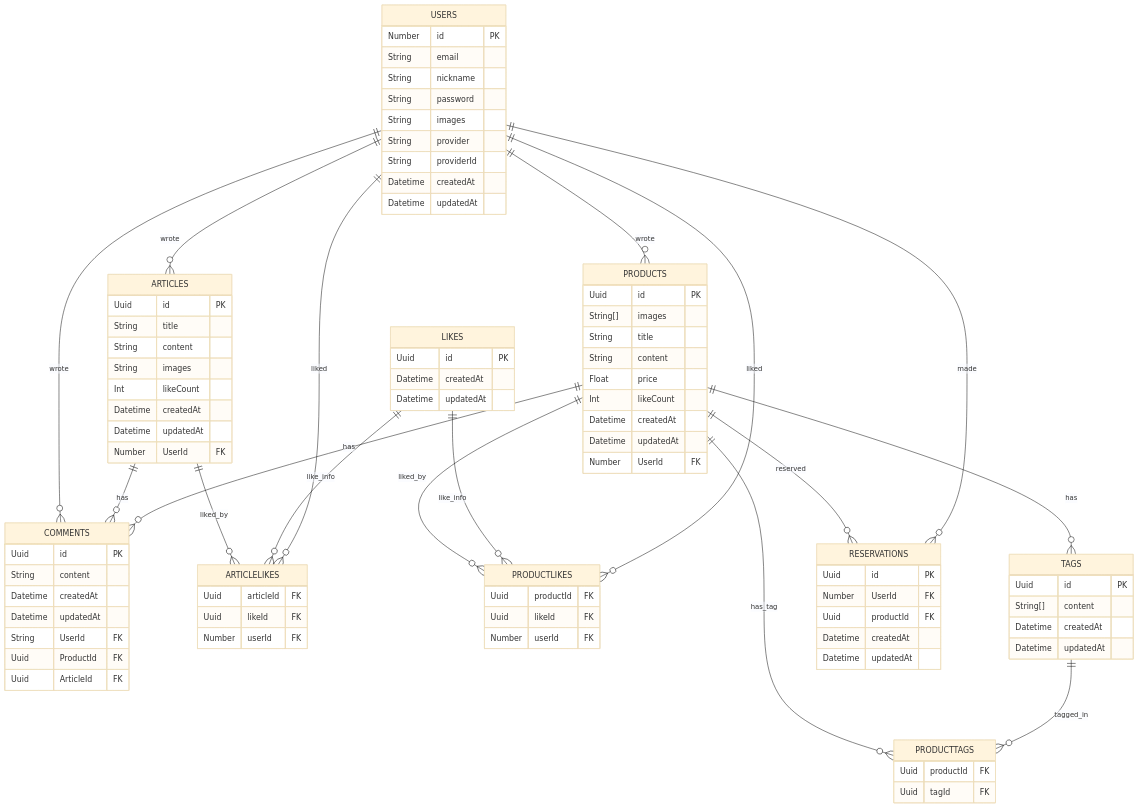
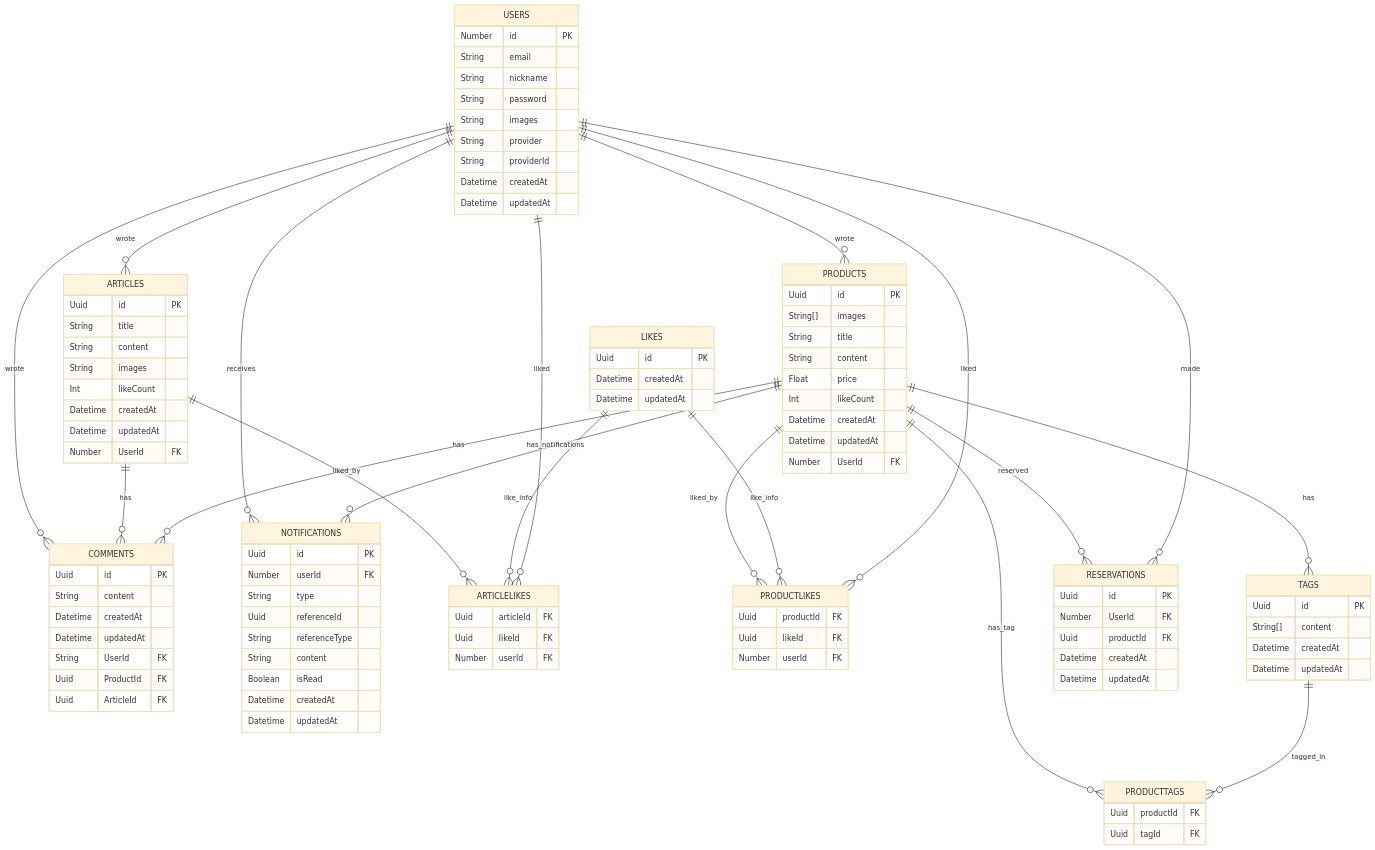
The diagram in sprint_7/mermaid.md (hapyvirus/1-sprint-mission), drawn with Mermaid (base theme) before and after one commit. The commit also changed 1 other file, not shown here.

Commit message:
feat: erd 수정

````diff
--- a/sprint_7/mermaid.md
+++ b/sprint_7/mermaid.md
@@ -1,60 +1,72 @@
 ```mermaid
 erDiagram
 USERS {
-Number id PK
-String email
-String nickname
-String password
-String images
-String provider
-String providerId
-Datetime createdAt
-Datetime updatedAt
+  Number id PK
+  String email
+  String nickname
+  String password
+  String images
+  String provider
+  String providerId
+  Datetime createdAt
+  Datetime updatedAt
 }
 
 ARTICLES {
-Uuid id PK
-String title
-String content
-String images
-Int likeCount
-Datetime createdAt
-Datetime updatedAt
-Number UserId FK
+  Uuid id PK
+  String title
+  String content
+  String images
+  Int likeCount
+  Datetime createdAt
+  Datetime updatedAt
+  Number UserId FK
 }
 
 PRODUCTS {
-Uuid id PK
-String[] images
-String title
-String content
-Float price
-Int likeCount
-Datetime createdAt
-Datetime updatedAt
-Number UserId FK
+  Uuid id PK
+  String[] images
+  String title
+  String content
+  Float price
+  Int likeCount
+  Datetime createdAt
+  Datetime updatedAt
+  Number UserId FK
 }
 
 COMMENTS {
-Uuid id PK
-String content
-Datetime createdAt
-Datetime updatedAt
-String UserId FK
-Uuid ProductId FK
-Uuid ArticleId FK
+  Uuid id PK
+  String content
+  Datetime createdAt
+  Datetime updatedAt
+  String UserId FK
+  Uuid ProductId FK
+  Uuid ArticleId FK
+}
+
+NOTIFICATIONS {
+  Uuid id PK
+  Number userId FK
+  String type
+  Uuid referenceId
+  String referenceType
+  String content
+  Boolean isRead
+  Datetime createdAt
+  Datetime updatedAt
 }
 
 LIKES {
-Uuid id PK
-Datetime createdAt
-Datetime updatedAt
+  Uuid id PK
+  Datetime createdAt
+  Datetime updatedAt
 }
 
 ARTICLELIKES {
-Uuid articleId FK
-Uuid likeId FK
-Number userId FK
+  Uuid articleId FK
+  Uuid likeId FK
+  Number userId FK
 }
 
 PRODUCTLIKES {
@@ -64,28 +76,29 @@
 }
 
 TAGS {
-Uuid id PK
-String[] content
-Datetime createdAt
-Datetime updatedAt
+  Uuid id PK
+  String[] content
+  Datetime createdAt
+  Datetime updatedAt
 }
 
 PRODUCTTAGS {
-Uuid productId FK
-Uuid tagId FK
+  Uuid productId FK
+  Uuid tagId FK
 }
 
 RESERVATIONS {
-Uuid id PK
-Number UserId FK
-Uuid productId FK
-Datetime createdAt
-Datetime updatedAt
+  Uuid id PK
+  Number UserId FK
+  Uuid productId FK
+  Datetime createdAt
+  Datetime updatedAt
 }
 
 USERS ||--o{ ARTICLES : wrote
 USERS ||--o{ PRODUCTS : wrote
 USERS ||--o{ COMMENTS : wrote
+USERS ||--o{ NOTIFICATIONS : receives
 ARTICLES ||--o{ COMMENTS : has
 ARTICLES ||--o{ ARTICLELIKES : liked_by
 LIKES ||--o{ ARTICLELIKES : like_info
@@ -99,4 +112,5 @@
 TAGS ||--o{ PRODUCTTAGS: tagged_in
 PRODUCTS ||--o{ RESERVATIONS: reserved
 USERS ||--o{ RESERVATIONS : made
+PRODUCTS ||--o{ NOTIFICATIONS : has_notifications
 ```
````
